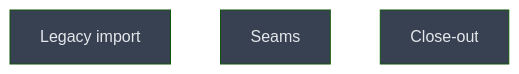
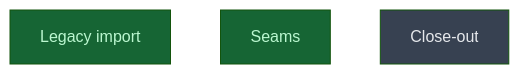
One commit to CrackingShells/Candler changed the diagram in __roadmap__/m1-contracts/interfaces/services/import/README.md. Above: the diagram before and after it, drawn with Mermaid (forest theme). The commit also changed other lines of this file and 3 other files, not shown here.

````diff
--- a/__roadmap__/m1-contracts/interfaces/services/import/README.md
+++ b/__roadmap__/m1-contracts/interfaces/services/import/README.md
@@ -18,11 +18,11 @@
 ```mermaid
 graph TD
-    legacy_import[Legacy import]:::planned
-    seams[Seams]:::planned
+    legacy_import[Legacy import]:::done
+    seams[Seams]:::done
     closeout[Close-out]:::planned
     classDef done       fill:#166534,color:#bbf7d0
     classDef inprogress fill:#854d0e,color:#fef08a
     classDef planned    fill:#374151,color:#e5e7eb
     classDef amendment  fill:#1e3a5f,color:#bfdbfe
     classDef blocked    fill:#7f1d1d,color:#fecaca
 ```
````
